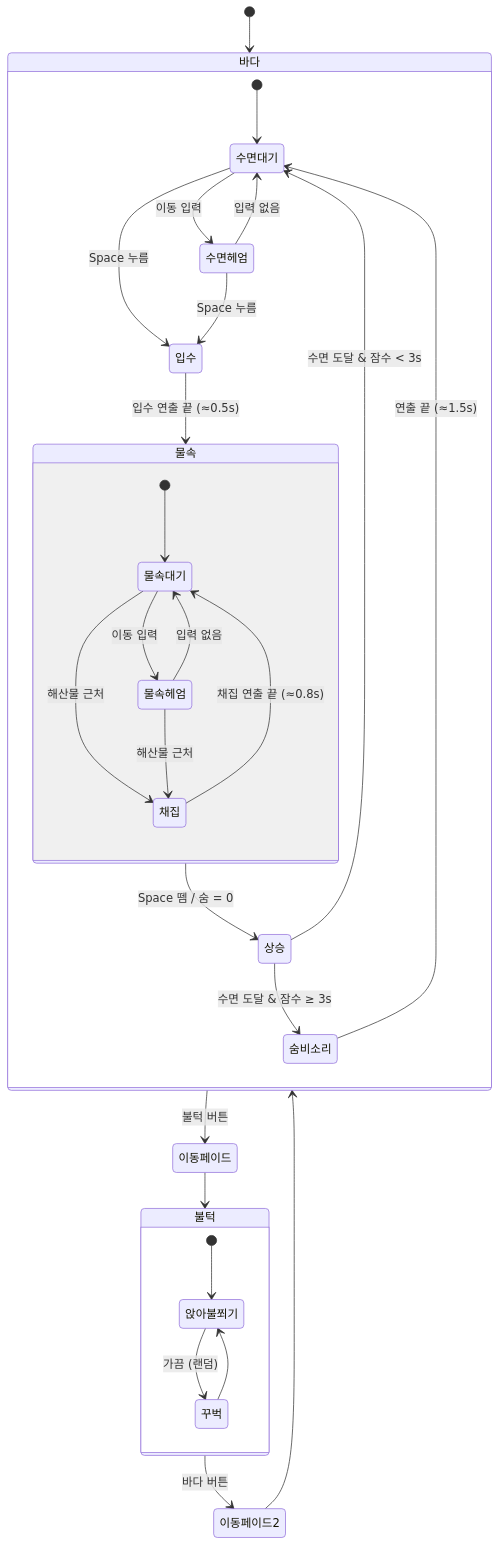
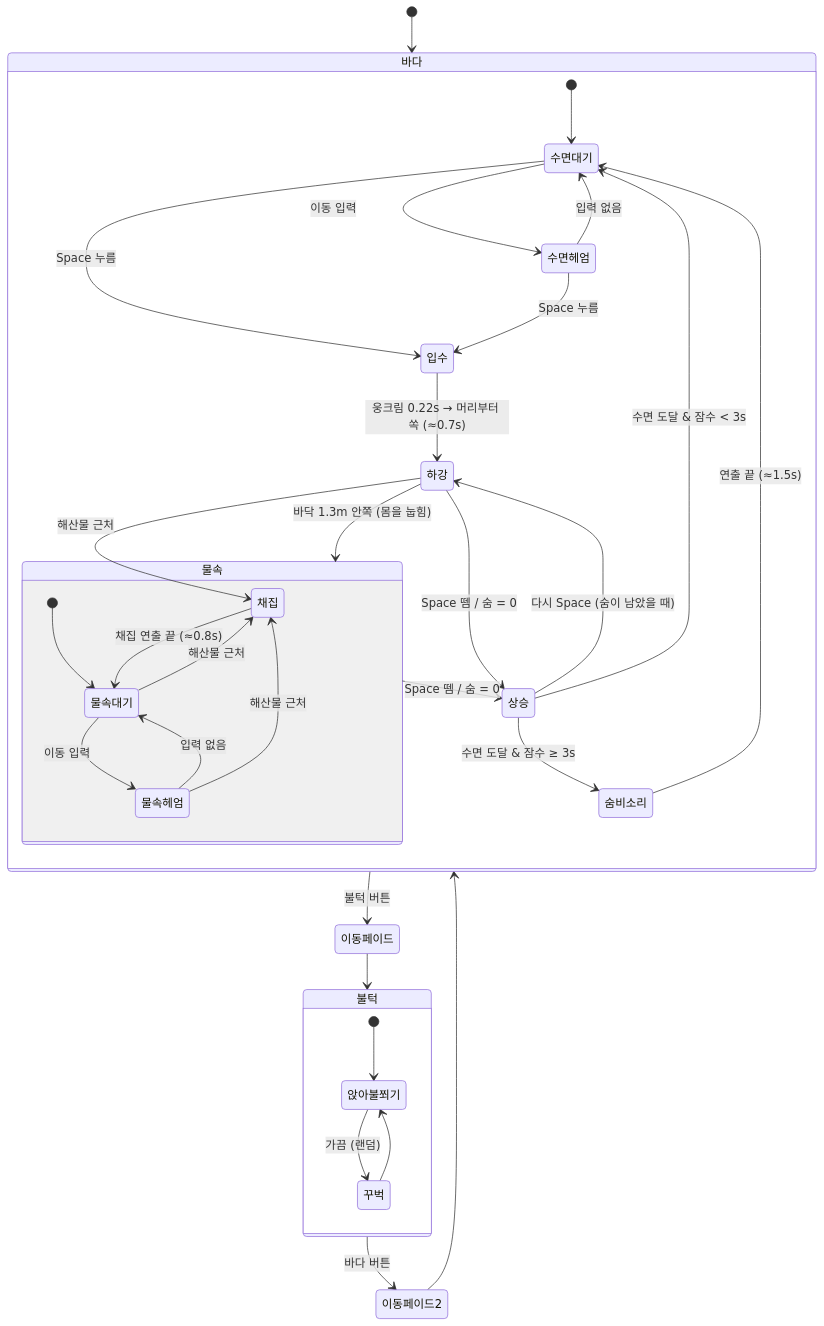
Before and after one commit to juyoon0423/sumbi: the second of 2 diagrams in docs/PLAN.md, drawn with Mermaid. The commit also changed other lines of this file and 56 other files, not shown here.

````diff
--- a/docs/PLAN.md
+++ b/docs/PLAN.md
@@ -136,37 +136,41 @@
 ```mermaid
 stateDiagram-v2
     [*] --> 바다
 
     state 바다 {
         [*] --> 수면대기
         수면대기 --> 수면헤엄: 이동 입력
         수면헤엄 --> 수면대기: 입력 없음
         수면대기 --> 입수: Space 누름
         수면헤엄 --> 입수: Space 누름
 
-        입수 --> 물속: 입수 연출 끝 (≈0.5s)
+        입수 --> 하강: 웅크림 0.22s → 머리부터 쏙 (≈0.7s)
+        하강 --> 물속: 바닥 1.3m 안쪽 (몸을 눕힘)
+        하강 --> 채집: 해산물 근처
+        하강 --> 상승: Space 뗌 / 숨 = 0
         state 물속 {
             [*] --> 물속대기
             물속대기 --> 물속헤엄: 이동 입력
             물속헤엄 --> 물속대기: 입력 없음
             물속대기 --> 채집: 해산물 근처
             물속헤엄 --> 채집: 해산물 근처
             채집 --> 물속대기: 채집 연출 끝 (≈0.8s)
         }
         물속 --> 상승: Space 뗌 / 숨 = 0
+        상승 --> 하강: 다시 Space (숨이 남았을 때)
 
         상승 --> 숨비소리: 수면 도달 & 잠수 ≥ 3s
         상승 --> 수면대기: 수면 도달 & 잠수 < 3s
         숨비소리 --> 수면대기: 연출 끝 (≈1.5s)
     }
 
     바다 --> 이동페이드: 불턱 버튼
     이동페이드 --> 불턱
     state 불턱 {
         [*] --> 앉아불쬐기
         앉아불쬐기 --> 꾸벅: 가끔 (랜덤)
         꾸벅 --> 앉아불쬐기
     }
     불턱 --> 이동페이드2: 바다 버튼
     이동페이드2 --> 바다
 ```
````
